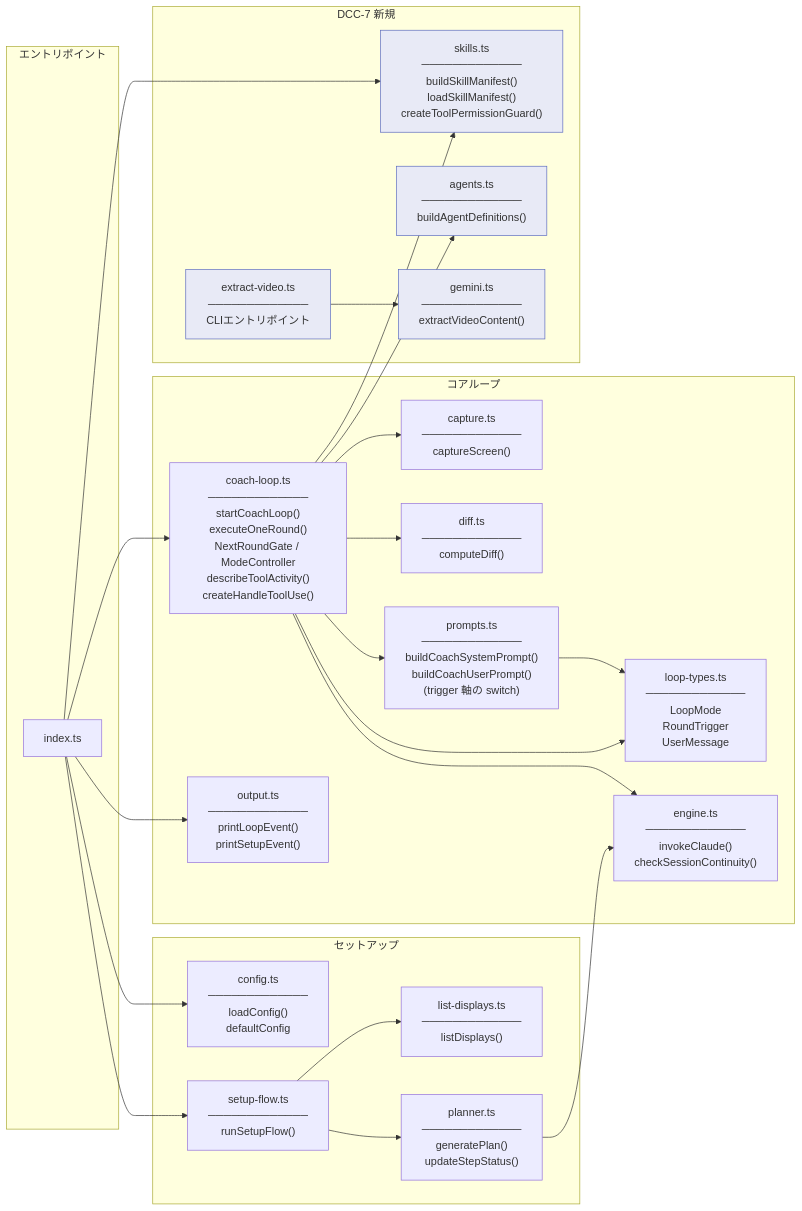
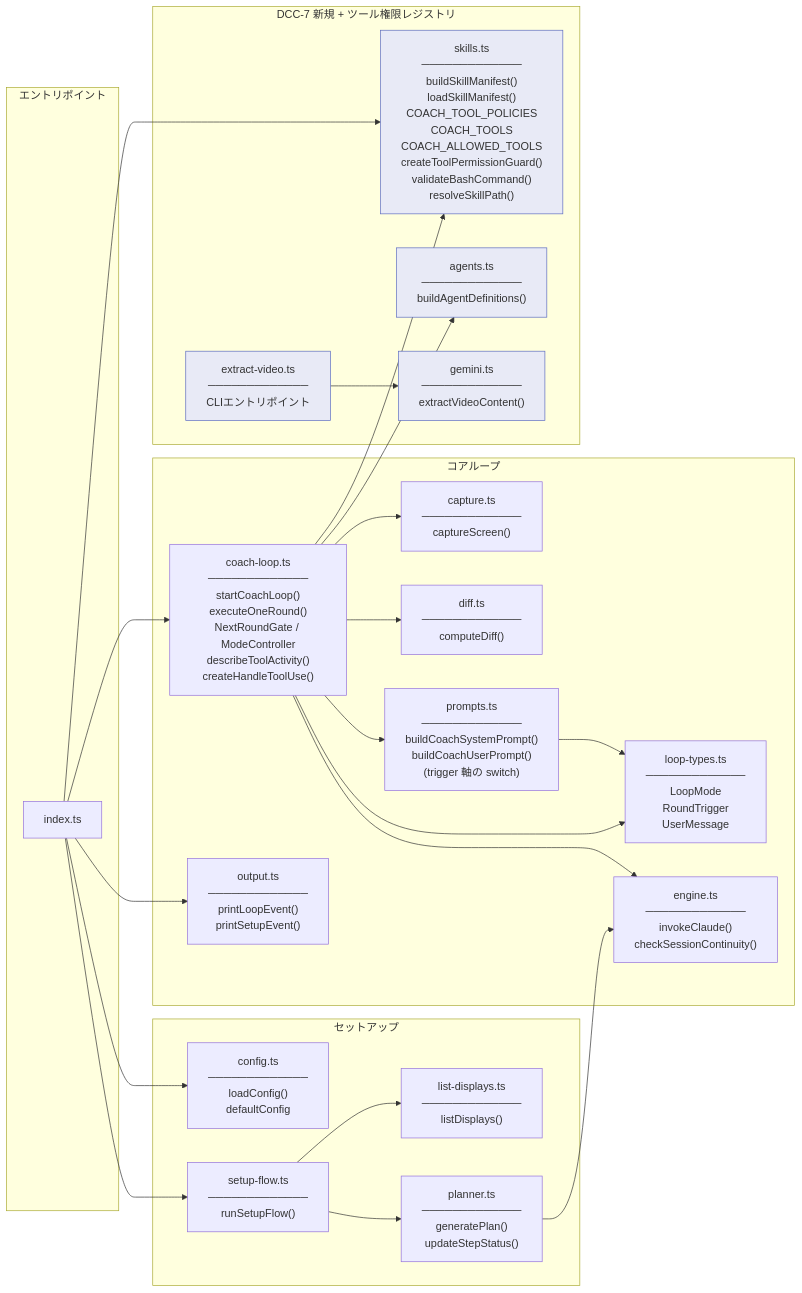
The second of 30 diagrams in docs/architecture.md (yukaorange/dcc_suport), drawn with Mermaid before and after one commit. The commit also changed other lines of this file and 12 other files, not shown here.

Commit message:
chore(docs): アーキテクチャ図の更新とIllustrator/Photoshopスキルの追加

````diff
--- a/docs/architecture.md
+++ b/docs/architecture.md
@@ -53,53 +55,53 @@
 ```mermaid
 flowchart LR
     subgraph entry ["エントリポイント"]
         index["index.ts"]
     end
 
     subgraph setup ["セットアップ"]
         config["config.ts<br>─────────────<br>loadConfig()<br>defaultConfig"]
         setupFlow["setup-flow.ts<br>─────────────<br>runSetupFlow()"]
         listDisp["list-displays.ts<br>─────────────<br>listDisplays()"]
         planner["planner.ts<br>─────────────<br>generatePlan()<br>updateStepStatus()"]
     end
 
     subgraph core ["コアループ"]
         coachLoop["coach-loop.ts<br>─────────────<br>startCoachLoop()<br>executeOneRound()<br>NextRoundGate / ModeController<br>describeToolActivity()<br>createHandleToolUse()"]
         loopTypes["loop-types.ts<br>─────────────<br>LoopMode<br>RoundTrigger<br>UserMessage"]
         capture["capture.ts<br>─────────────<br>captureScreen()"]
         diff["diff.ts<br>─────────────<br>computeDiff()"]
         prompts["prompts.ts<br>─────────────<br>buildCoachSystemPrompt()<br>buildCoachUserPrompt()<br>(trigger 軸の switch)"]
         engine["engine.ts<br>─────────────<br>invokeClaude()<br>checkSessionContinuity()"]
         output["output.ts<br>─────────────<br>printLoopEvent()<br>printSetupEvent()"]
     end
 
-    subgraph dcc7 ["DCC-7 新規"]
-        skills["skills.ts<br>─────────────<br>buildSkillManifest()<br>loadSkillManifest()<br>createToolPermissionGuard()"]:::new
+    subgraph dcc7 ["DCC-7 新規 + ツール権限レジストリ"]
+        skills["skills.ts<br>─────────────<br>buildSkillManifest()<br>loadSkillManifest()<br>COACH_TOOL_POLICIES<br>COACH_TOOLS<br>COACH_ALLOWED_TOOLS<br>createToolPermissionGuard()<br>validateBashCommand()<br>resolveSkillPath()"]:::new
         agents["agents.ts<br>─────────────<br>buildAgentDefinitions()"]:::new
         gemini["gemini.ts<br>─────────────<br>extractVideoContent()"]:::new
         extractVideo["extract-video.ts<br>─────────────<br>CLIエントリポイント"]:::new
     end
 
     index --> config
     index --> setupFlow
     index --> coachLoop
     index --> output
     index --> skills
 
     setupFlow --> listDisp
     setupFlow --> planner
     planner --> engine
 
     coachLoop --> loopTypes
     prompts --> loopTypes
     coachLoop --> capture
     coachLoop --> diff
     coachLoop --> prompts
     coachLoop --> engine
     coachLoop --> agents
     coachLoop --> skills
 
     extractVideo --> gemini
 
     classDef new fill:#e8eaf6,stroke:#5c6bc0
 ```
````
